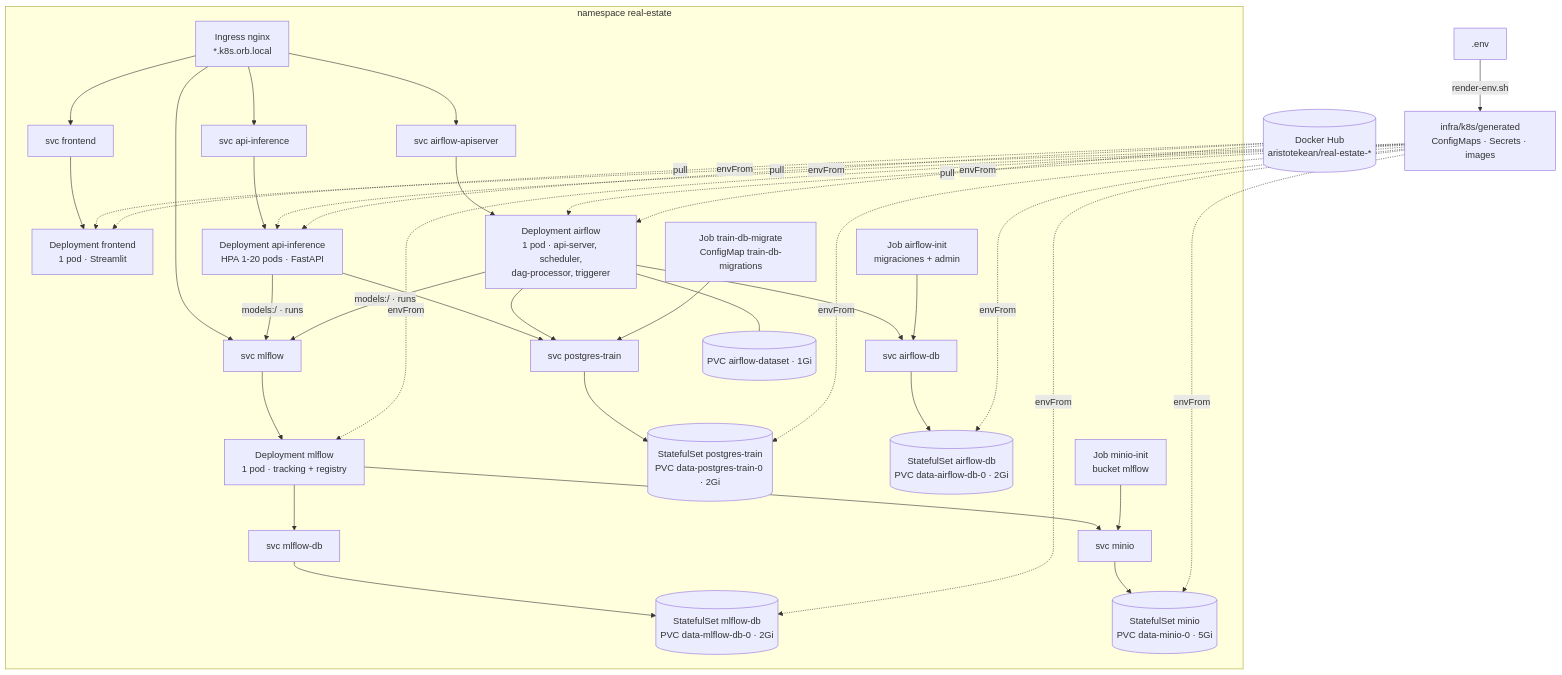
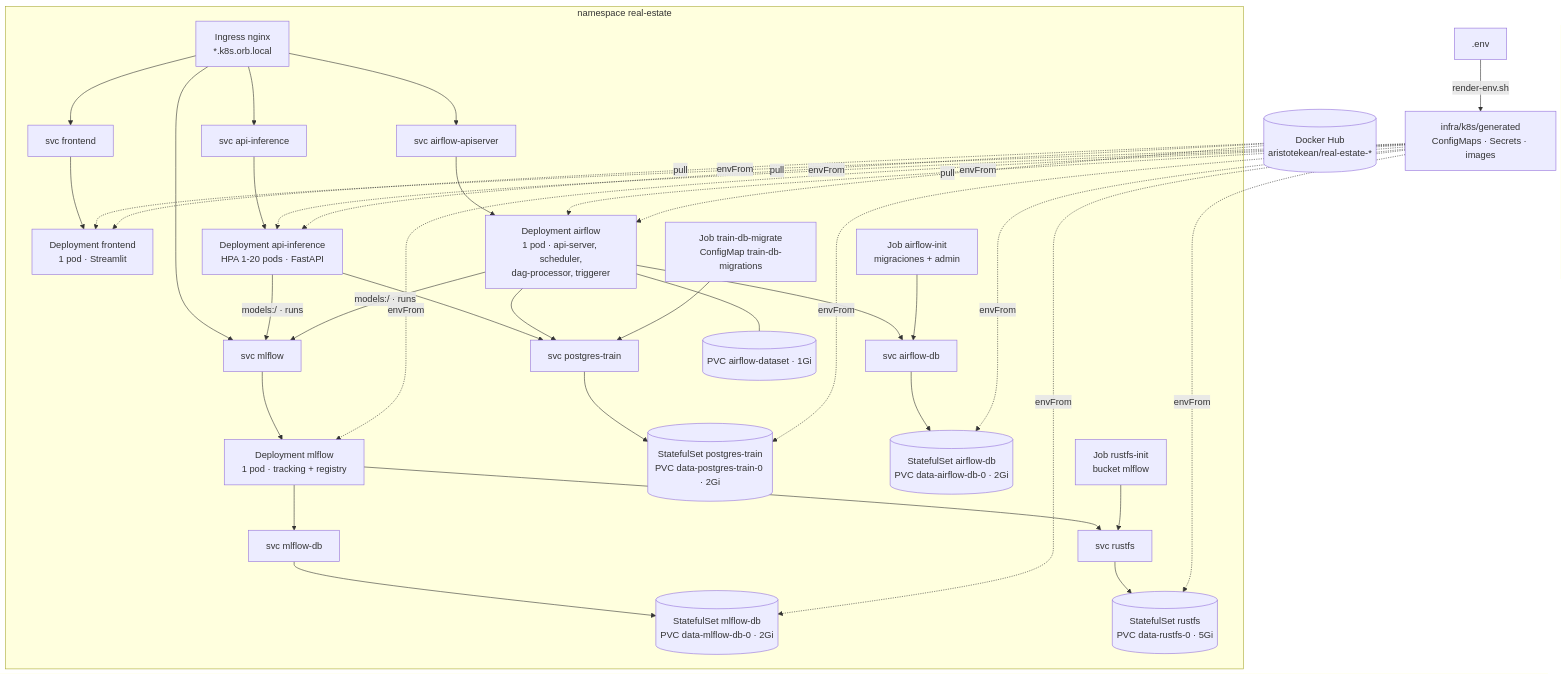
The second of 3 diagrams in README.md (aristotekean/mlops-real-state-pricing), drawn with Mermaid before and after one commit. The commit also changed other lines of this file and 18 other files, not shown here.

````diff
--- a/README.md
+++ b/README.md
@@ -91,27 +91,27 @@
 ```mermaid
 flowchart TB
     env[".env"] -->|render-env.sh| gen["infra/k8s/generated<br/>ConfigMaps · Secrets · images"]
 
     subgraph ns["namespace real-estate"]
         ing["Ingress nginx<br/>*.k8s.orb.local"]
         ing --> svcfe["svc frontend"] --> fe["Deployment frontend<br/>1 pod · Streamlit"]
         ing --> svcapi["svc api-inference"] --> api["Deployment api-inference<br/>HPA 1-20 pods · FastAPI"]
         ing --> svcml["svc mlflow"] --> ml["Deployment mlflow<br/>1 pod · tracking + registry"]
         ing --> svcaf["svc airflow-apiserver"] --> af["Deployment airflow<br/>1 pod · api-server, scheduler,<br/>dag-processor, triggerer"]
 
         api --> svcpt["svc postgres-train"] --> pt[("StatefulSet postgres-train<br/>PVC data-postgres-train-0 · 2Gi")]
         af --> svcpt
         af --> svcafdb["svc airflow-db"] --> afdb[("StatefulSet airflow-db<br/>PVC data-airflow-db-0 · 2Gi")]
         ml --> svcmldb["svc mlflow-db"] --> mldb[("StatefulSet mlflow-db<br/>PVC data-mlflow-db-0 · 2Gi")]
-        ml --> svcminio["svc minio"] --> minio[("StatefulSet minio<br/>PVC data-minio-0 · 5Gi")]
+        ml --> svcrustfs["svc rustfs"] --> rustfs[("StatefulSet rustfs<br/>PVC data-rustfs-0 · 5Gi")]
         api & af -->|"models:/ · runs"| svcml
         af --- pvcaf[("PVC airflow-dataset · 1Gi")]
 
         jmig["Job train-db-migrate<br/>ConfigMap train-db-migrations"] --> svcpt
-        jminio["Job minio-init<br/>bucket mlflow"] --> svcminio
+        jrustfs["Job rustfs-init<br/>bucket mlflow"] --> svcrustfs
         jaf["Job airflow-init<br/>migraciones + admin"] --> svcafdb
     end
 
-    gen -.->|envFrom| fe & api & ml & af & pt & afdb & mldb & minio
+    gen -.->|envFrom| fe & api & ml & af & pt & afdb & mldb & rustfs
     hub[("Docker Hub<br/>aristotekean/real-estate-*")] -.->|pull| fe & api & af
 ```
````
